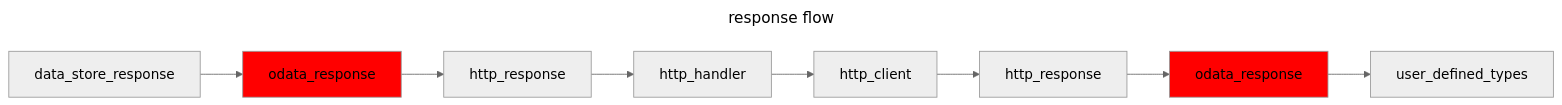
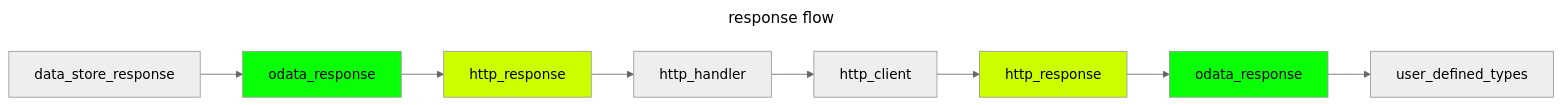
The second of 2 diagrams in docs/architecture.md (OData/odata.net), drawn with Mermaid (neutral theme) before and after one commit.

````diff
--- a/docs/architecture.md
+++ b/docs/architecture.md
@@ -244,25 +244,27 @@
 ```mermaid
 ---
 title: response flow
 ---
 flowchart LR
     data_store_response
     odata_response1[odata_response]
     http_response1[http_response]
     http_handler
     http_client
     http_response2[http_response]
     odata_response2[odata_response]
     user_defined_types
 
     data_store_response --> odata_response1
     odata_response1 --> http_response1
     http_response1 --> http_handler
     http_handler --> http_client
     http_client --> http_response2
     http_response2 --> odata_response2
     odata_response2 --> user_defined_types
 
-    style odata_response1 fill:#ff0000
-    style odata_response2 fill:#ff0000
+    style odata_response1 fill:#08FF08
+    style odata_response2 fill:#08FF08
+    style http_response1 fill:#CCFF00
+    style http_response2 fill:#CCFF00
 ```
````
